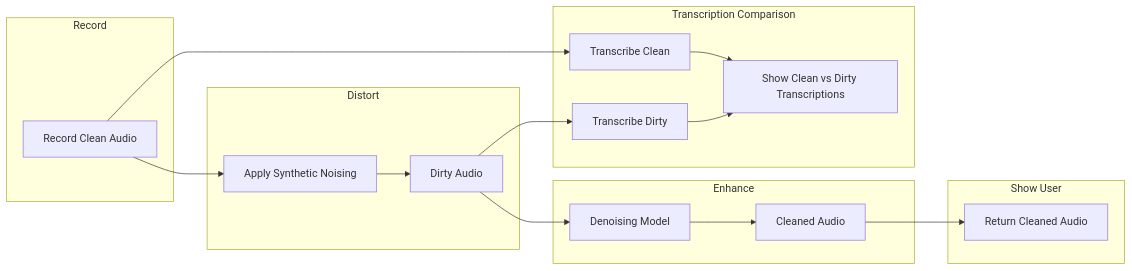
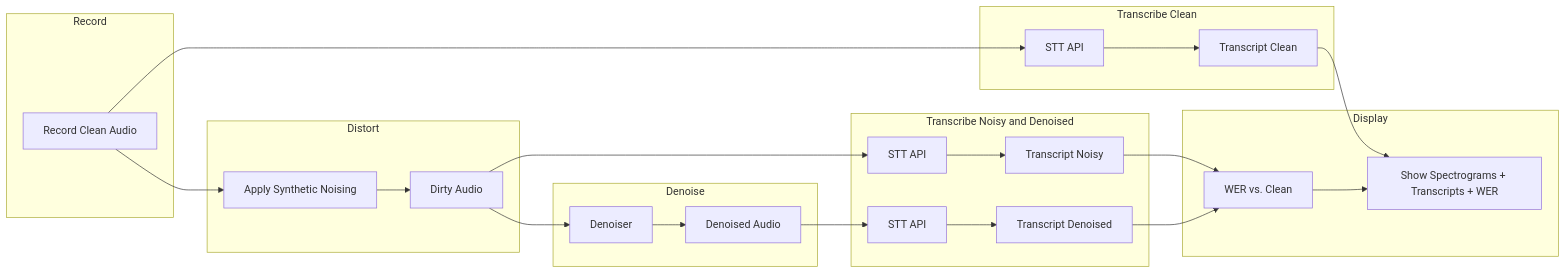
One commit to aniruddhdoki/relay-walkie-talkie-transcription changed the first of 2 diagrams in .cursor/plans/relay_walkie-talkie_denoising_ece9032e.plan.md. Above: the diagram before and after it, drawn with Mermaid. The commit also changed other lines of this file and 1 other file, not shown here.

````diff
--- a/.cursor/plans/relay_walkie-talkie_denoising_ece9032e.plan.md
+++ b/.cursor/plans/relay_walkie-talkie_denoising_ece9032e.plan.md
@@ -32,27 +38,35 @@
 ```mermaid
 flowchart LR
     subgraph record [Record]
         Mic[Record Clean Audio]
+    end
+    
+    subgraph transcribe_clean [Transcribe Clean]
+        Mic --> STT0[STT API]
+        STT0 --> TranscriptClean[Transcript Clean]
     end
     
     subgraph distort [Distort]
         Mic --> Dirty[Apply Synthetic Noising]
         Dirty --> NoisyAudio[Dirty Audio]
     end
     
-    subgraph enhance [Enhance]
-        NoisyAudio --> Model[Denoising Model]
-        Model --> CleanedAudio[Cleaned Audio]
+    subgraph denoise [Denoise]
+        NoisyAudio --> Model[Denoiser]
+        Model --> CleanedAudio[Denoised Audio]
     end
     
-    subgraph show [Show User]
-        CleanedAudio --> Output[Return Cleaned Audio]
+    subgraph transcribe_degraded [Transcribe Noisy and Denoised]
+        NoisyAudio --> STT1[STT API]
+        CleanedAudio --> STT2[STT API]
+        STT1 --> TranscriptNoisy[Transcript Noisy]
+        STT2 --> TranscriptDenoised[Transcript Denoised]
     end
     
-    subgraph compare [Transcription Comparison]
-        Mic --> TranscribeClean[Transcribe Clean]
-        NoisyAudio --> TranscribeDirty[Transcribe Dirty]
-        TranscribeClean --> Display[Show Clean vs Dirty Transcriptions]
-        TranscribeDirty --> Display
+    subgraph display [Display]
+        TranscriptClean --> Display[Show Spectrograms + Transcripts + WER]
+        TranscriptNoisy --> WER[WER vs. Clean]
+        TranscriptDenoised --> WER
+        WER --> Display
     end
 ```
````
